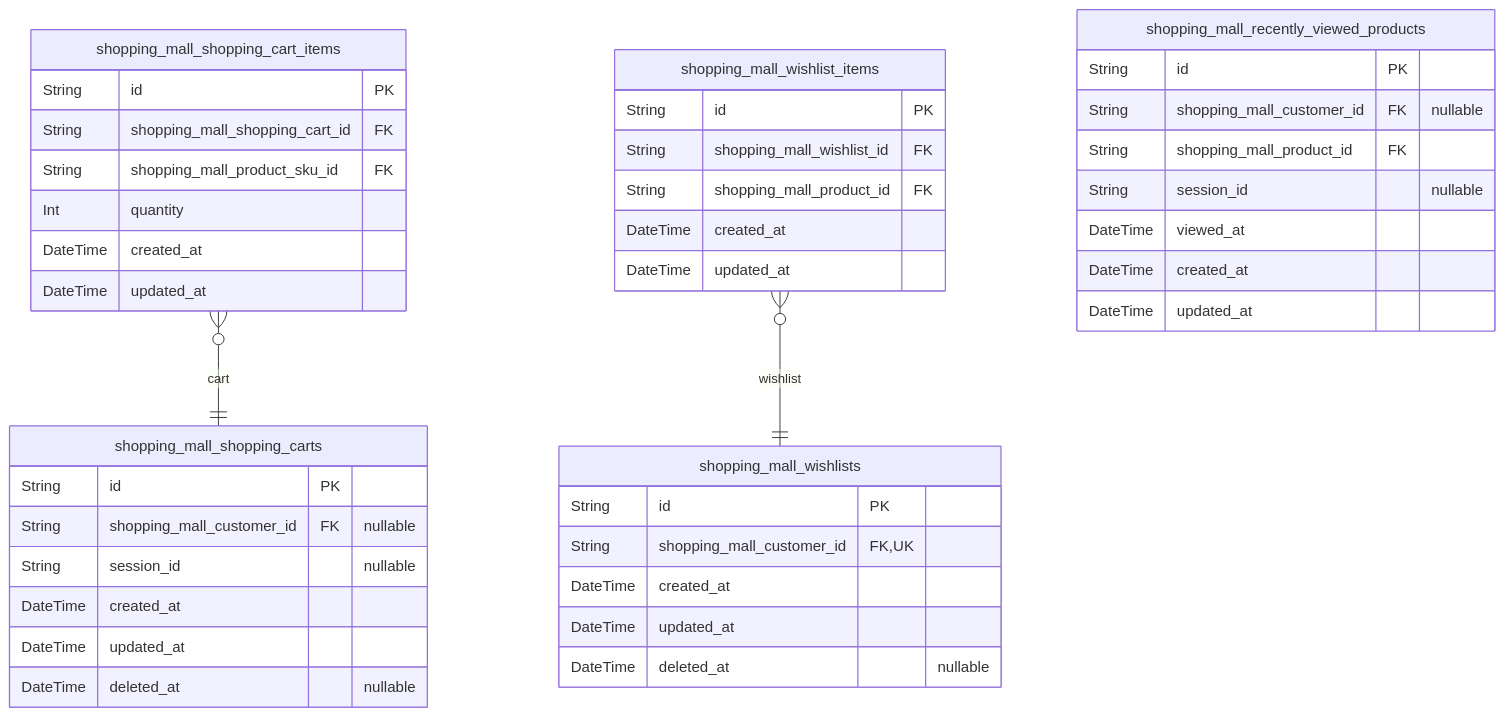
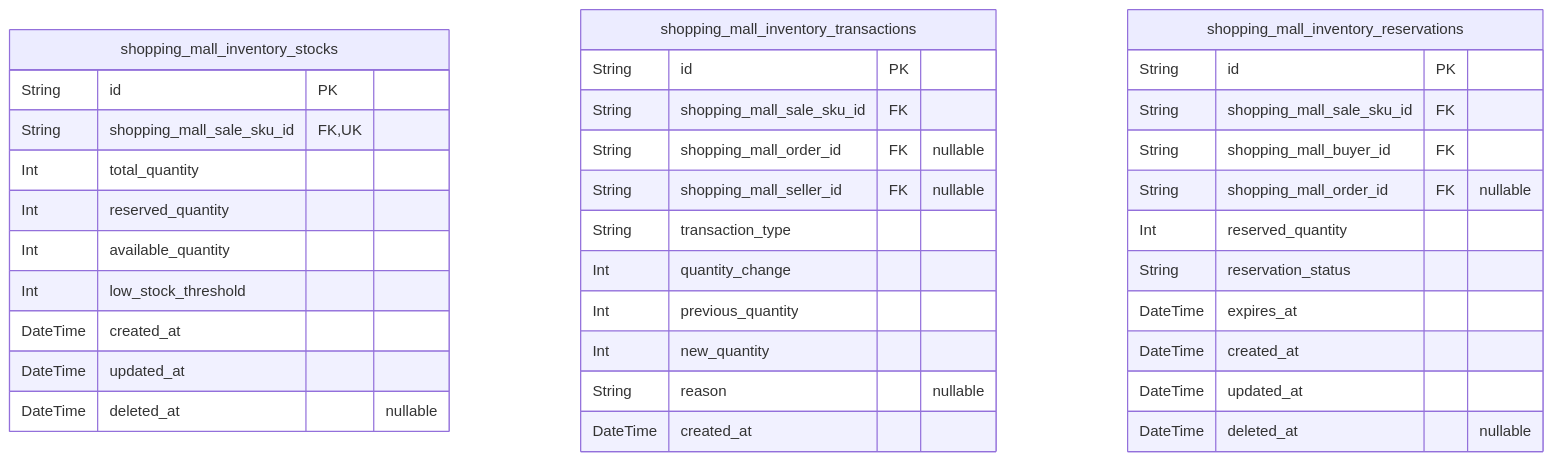
Before and after one commit to wrtnlabs/autobe-examples: the fifth of 10 diagrams in anthropic/claude-sonnet-4.5/shopping/docs/ERD.md, drawn with Mermaid. The commit also changed other lines of this file and 22498 other files, not shown here.

````diff
--- a/anthropic/claude-sonnet-4.5/shopping/docs/ERD.md
+++ b/anthropic/claude-sonnet-4.5/shopping/docs/ERD.md
@@ -913,44 +1148,38 @@
 ```mermaid
 erDiagram
-"shopping_mall_shopping_carts" {
+"shopping_mall_inventory_stocks" {
   String id PK
-  String shopping_mall_customer_id FK "nullable"
-  String session_id "nullable"
+  String shopping_mall_sale_sku_id FK,UK
+  Int total_quantity
+  Int reserved_quantity
+  Int available_quantity
+  Int low_stock_threshold
   DateTime created_at
   DateTime updated_at
   DateTime deleted_at "nullable"
 }
-"shopping_mall_shopping_cart_items" {
+"shopping_mall_inventory_transactions" {
   String id PK
-  String shopping_mall_shopping_cart_id FK
-  String shopping_mall_product_sku_id FK
-  Int quantity
+  String shopping_mall_sale_sku_id FK
+  String shopping_mall_order_id FK "nullable"
+  String shopping_mall_seller_id FK "nullable"
+  String transaction_type
+  Int quantity_change
+  Int previous_quantity
+  Int new_quantity
+  String reason "nullable"
   DateTime created_at
-  DateTime updated_at
 }
-"shopping_mall_wishlists" {
+"shopping_mall_inventory_reservations" {
   String id PK
-  String shopping_mall_customer_id FK,UK
+  String shopping_mall_sale_sku_id FK
+  String shopping_mall_buyer_id FK
+  String shopping_mall_order_id FK "nullable"
+  Int reserved_quantity
+  String reservation_status
+  DateTime expires_at
   DateTime created_at
   DateTime updated_at
   DateTime deleted_at "nullable"
 }
-"shopping_mall_wishlist_items" {
-  String id PK
-  String shopping_mall_wishlist_id FK
-  String shopping_mall_product_id FK
-  DateTime created_at
-  DateTime updated_at
-}
-"shopping_mall_recently_viewed_products" {
-  String id PK
-  String shopping_mall_customer_id FK "nullable"
-  String shopping_mall_product_id FK
-  String session_id "nullable"
-  DateTime viewed_at
-  DateTime created_at
-  DateTime updated_at
-}
-"shopping_mall_shopping_cart_items" }o--|| "shopping_mall_shopping_carts" : cart
-"shopping_mall_wishlist_items" }o--|| "shopping_mall_wishlists" : wishlist
 ```
````
